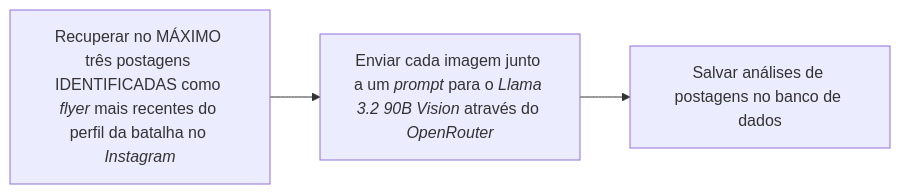
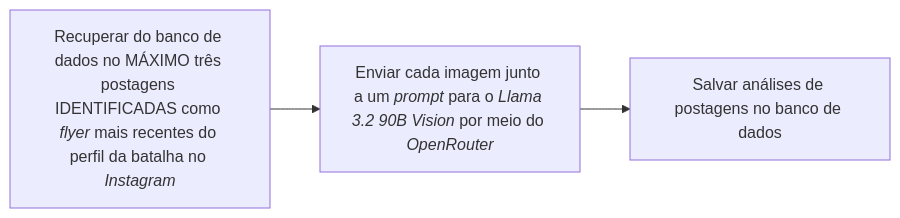
One commit to ericstefano/mapadabatalha changed the third of 5 diagrams in docs/presentation/slides.md. Above: the diagram before and after it, drawn with Mermaid. The commit also changed other lines of this file and 2 other files, not shown here.

````diff
--- a/docs/presentation/slides.md
+++ b/docs/presentation/slides.md
@@ -199,4 +202,4 @@
 ```mermaid
 flowchart LR
-  id1[Recuperar no MÁXIMO três postagens IDENTIFICADAS como <em>flyer</em> mais recentes do perfil da batalha no <em>Instagram</em>] --> id2[Enviar cada imagem junto a um <em>prompt</em> para o <em>Llama 3.2 90B Vision</em> através do <em>OpenRouter</em>] --> id3[Salvar análises de postagens no banco de dados]
+  id1[Recuperar do banco de dados no MÁXIMO três postagens IDENTIFICADAS como <em>flyer</em> mais recentes do perfil da batalha no <em>Instagram</em>] --> id2[Enviar cada imagem junto a um <em>prompt</em> para o <em>Llama 3.2 90B Vision</em> por meio do <em>OpenRouter</em>] --> id3[Salvar análises de postagens no banco de dados]
 ```
````
